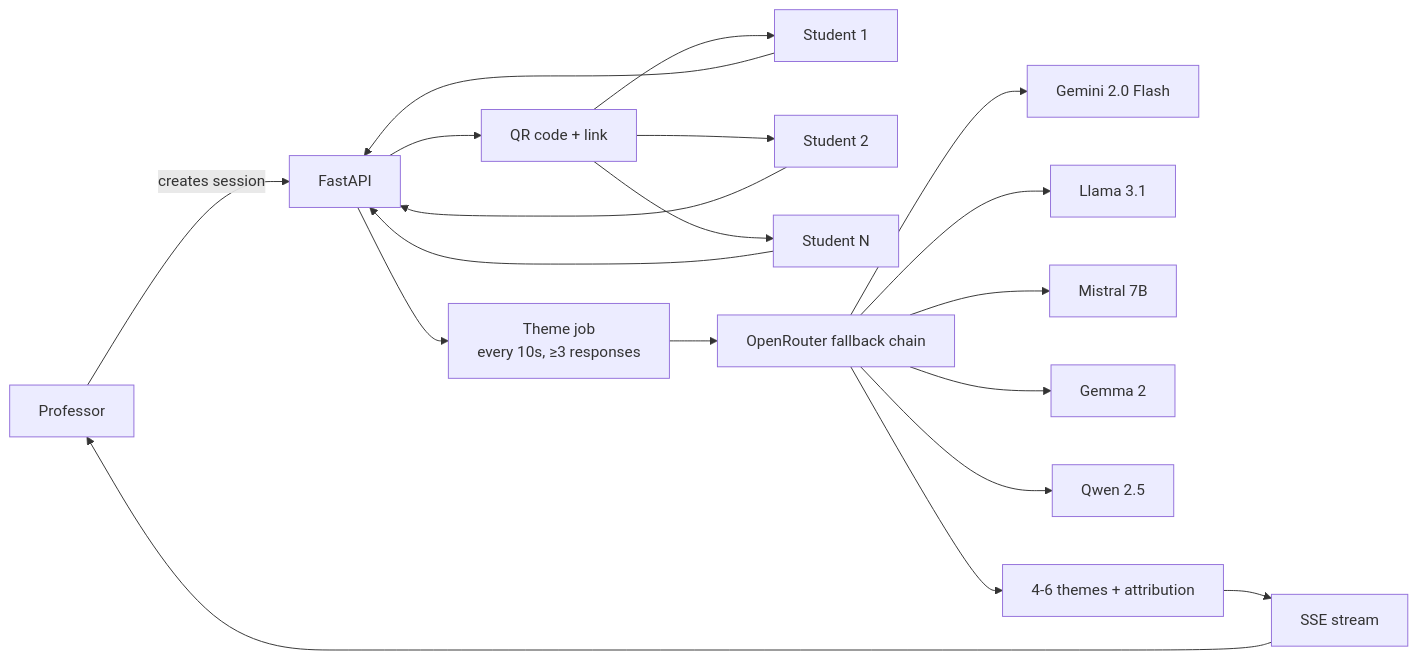
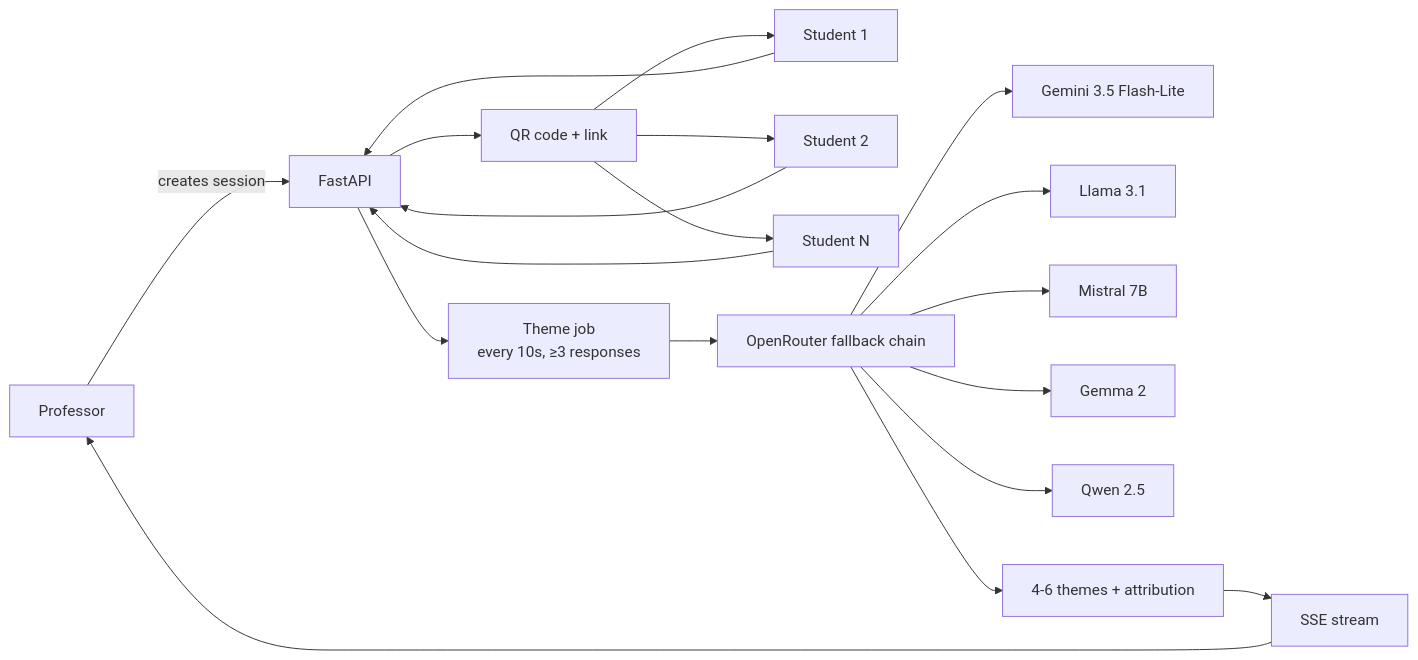
One commit to ARJUNVARMA2000/Portfolio-Website changed the diagram in docs/github-readmes/ClassPulse.md. Above: the diagram before and after it, drawn with Mermaid. The commit also changed other lines of this file and 5 other files, not shown here.

````diff
--- a/docs/github-readmes/ClassPulse.md
+++ b/docs/github-readmes/ClassPulse.md
@@ -32,21 +32,21 @@
 ```mermaid
 flowchart LR
     P[Professor] -->|creates session| API[FastAPI]
     API --> QR[QR code + link]
     QR --> S1[Student 1]
     QR --> S2[Student 2]
     QR --> S3[Student N]
     S1 --> API
     S2 --> API
     S3 --> API
     API --> T[Theme job<br/>every 10s, ≥3 responses]
     T --> OR[OpenRouter fallback chain]
-    OR --> G[Gemini 2.0 Flash]
+    OR --> G[Gemini 3.5 Flash-Lite]
     OR --> L[Llama 3.1]
     OR --> M[Mistral 7B]
     OR --> GM[Gemma 2]
     OR --> Q[Qwen 2.5]
     OR --> TH[4-6 themes + attribution]
     TH --> SSE[SSE stream]
     SSE --> P
 ```
````
